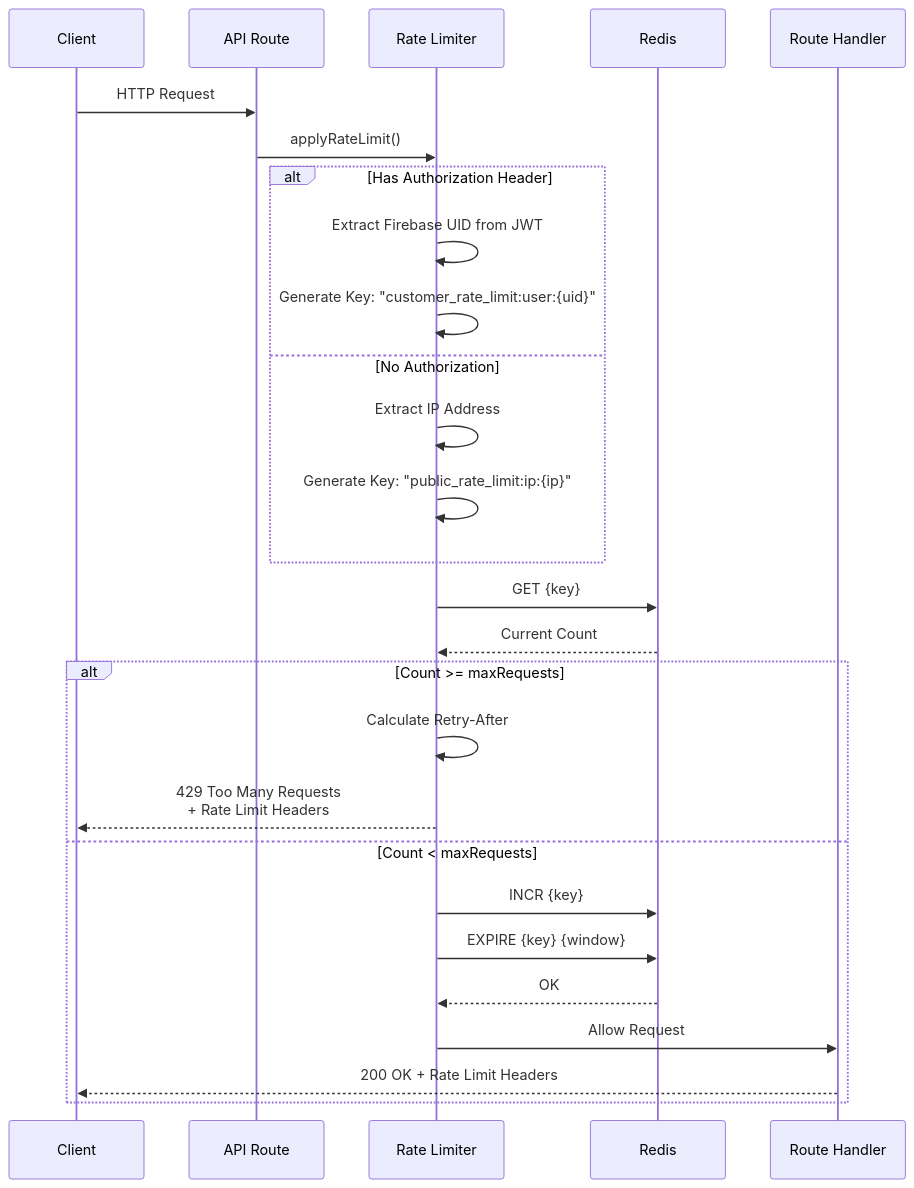
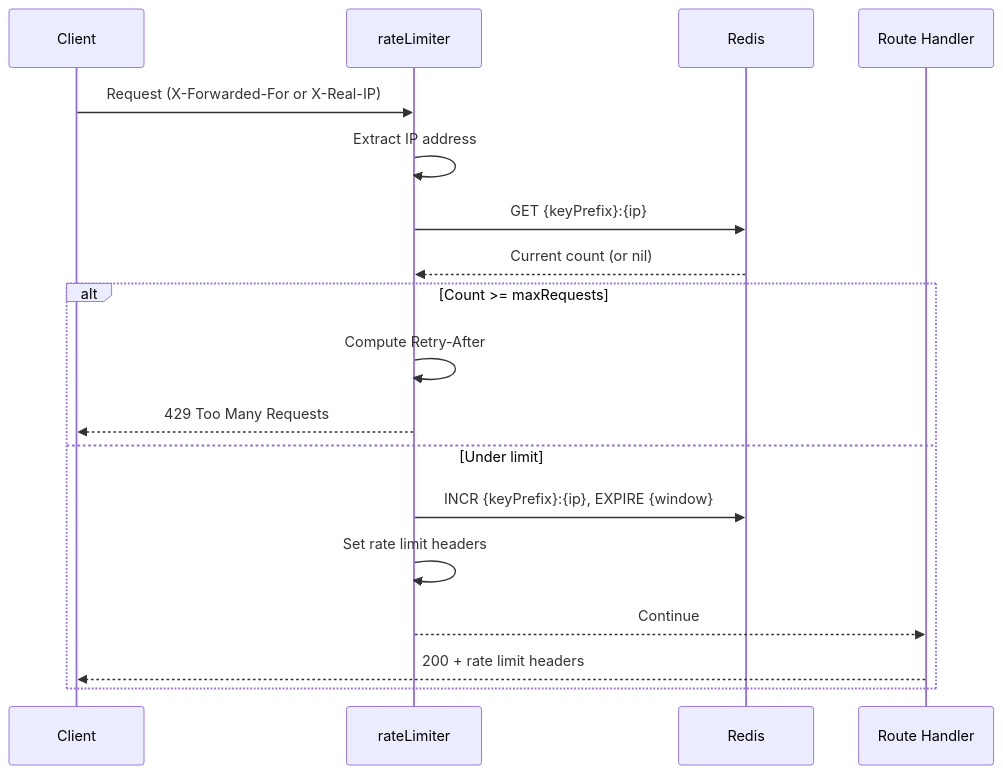
The second of 2 diagrams in docs/architecture/core/api.md (KennethAtchon/ContentAI), drawn with Mermaid before and after one commit. The commit also changed other lines of this file and 12 other files, not shown here.

First line of the commit message:
docs: Update architecture documentation to reflect ReelStudio's current tech stack and implementation

````diff
--- a/docs/architecture/core/api.md
+++ b/docs/architecture/core/api.md
@@ -316,33 +223,21 @@
 ```mermaid
 sequenceDiagram
     participant Client
-    participant API Route
-    participant Rate Limiter
+    participant rateLimiter
     participant Redis
-    participant Route Handler
 
-    Client->>API Route: HTTP Request
-    API Route->>Rate Limiter: applyRateLimit()
-    
-    alt Has Authorization Header
-        Rate Limiter->>Rate Limiter: Extract Firebase UID from JWT
-        Rate Limiter->>Rate Limiter: Generate Key: "customer_rate_limit:user:{uid}"
-    else No Authorization
-        Rate Limiter->>Rate Limiter: Extract IP Address
-        Rate Limiter->>Rate Limiter: Generate Key: "public_rate_limit:ip:{ip}"
-    end
-    
-    Rate Limiter->>Redis: GET {key}
-    Redis-->>Rate Limiter: Current Count
-    
+    Client->>rateLimiter: Request (X-Forwarded-For or X-Real-IP)
+    rateLimiter->>rateLimiter: Extract IP address
+    rateLimiter->>Redis: GET {keyPrefix}:{ip}
+    Redis-->>rateLimiter: Current count (or nil)
+
     alt Count >= maxRequests
-        Rate Limiter->>Rate Limiter: Calculate Retry-After
-        Rate Limiter-->>Client: 429 Too Many Requests<br/>+ Rate Limit Headers
-    else Count < maxRequests
-        Rate Limiter->>Redis: INCR {key}
-        Rate Limiter->>Redis: EXPIRE {key} {window}
-        Redis-->>Rate Limiter: OK
-        Rate Limiter->>Route Handler: Allow Request
-        Route Handler-->>Client: 200 OK + Rate Limit Headers
+        rateLimiter->>rateLimiter: Compute Retry-After
+        rateLimiter-->>Client: 429 Too Many Requests
+    else Under limit
+        rateLimiter->>Redis: INCR {keyPrefix}:{ip}, EXPIRE {window}
+        rateLimiter->>rateLimiter: Set rate limit headers
+        rateLimiter-->>Route Handler: Continue
+        Route Handler-->>Client: 200 + rate limit headers
     end
 ```
````
